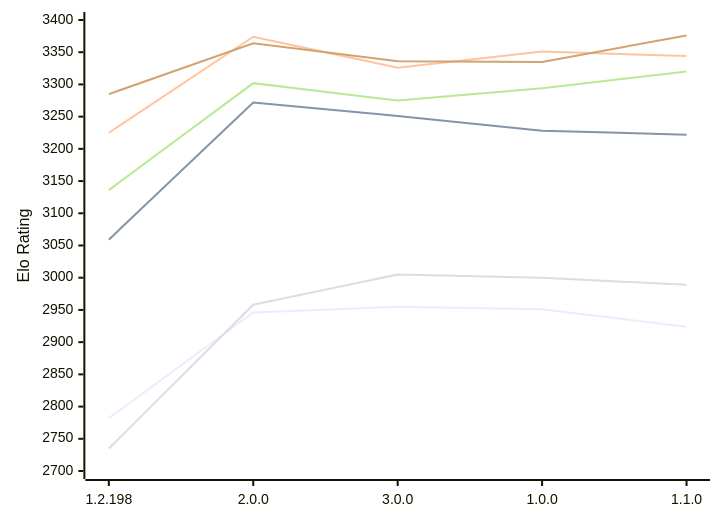
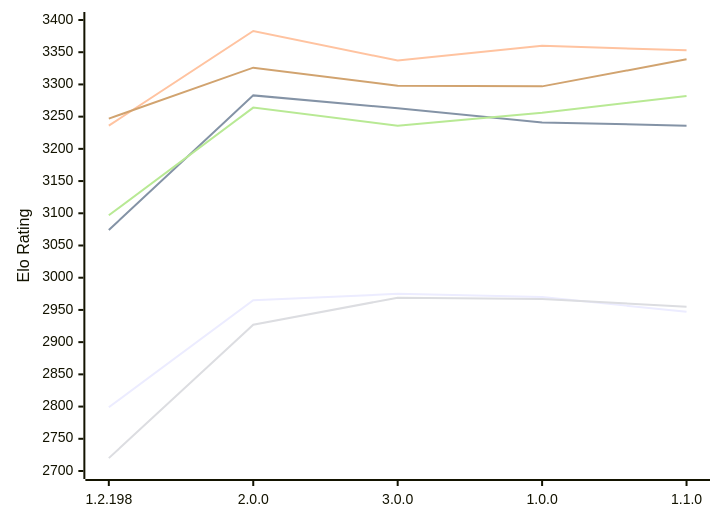
The diagram in engines/Trebuchet.md (computer-chess-index/cci), drawn with Mermaid before and after one commit. The commit also changed other lines of this file, not shown here.

Commit message:
Update CCI Ratings (ELO VLTC) - 2026-11-14

````diff
--- a/engines/Trebuchet.md
+++ b/engines/Trebuchet.md
@@ -55,12 +55,12 @@
 ```mermaid
 %%{init: {"theme":"base","themeVariables":{"seriesColors:['#a3a3a3','#222221','#faa371']}}}%%
 xychart-beta
   x-axis ["1.2.198", "2.0.0", "3.0.0", "1.0.0", "1.1.0"]
   y-axis "Elo Rating" 2700 --> 3400
-  line "E1: STC (8.0+0.08s)" [2782, 2946, 2955, 2951, 2924]
-  line "E1: LTC (60.0+0.60s)" [3059, 3272, 3251, 3228, 3222]
-  line "E1: VLTC (2m24s+1.12s)" [3225, 3374, 3326, 3351, 3344]
-  line "P1: STC (8.0+0.08s)" [2735, 2958, 3005, 3000, 2989]
-  line "P1: LTC (60.0+0.60s)" [3136, 3302, 3275, 3294, 3320]
-  line "P1: VLTC (2m24s+1.12s)" [3285, 3364, 3336, 3335, 3376]
+  line "E1: STC (8.0+0.08s)" [2799, 2965, 2975, 2970, 2947]
+  line "E1: LTC (60.0+0.60s)" [3074, 3283, 3263, 3241, 3236]
+  line "E1: VLTC (2m24s+1.12s)" [3236, 3383, 3337, 3360, 3353]
+  line "P1: STC (8.0+0.08s)" [2720, 2927, 2969, 2967, 2955]
+  line "P1: LTC (60.0+0.60s)" [3097, 3264, 3236, 3256, 3282]
+  line "P1: VLTC (2m24s+1.12s)" [3247, 3326, 3298, 3297, 3339]
 ```
````
